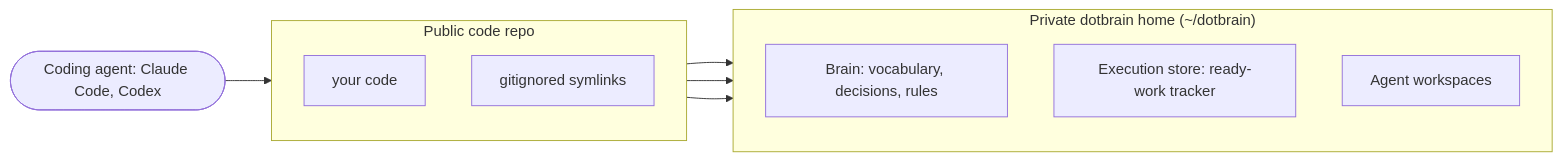
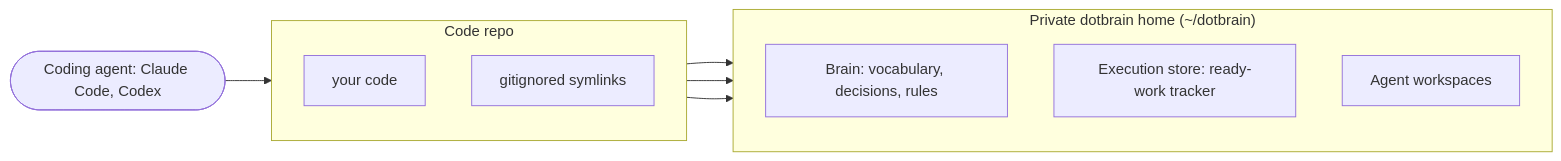
Before and after one commit to arminzou/dotbrain: the diagram in README.md, drawn with Mermaid. The commit also changed other lines of this file, not shown here.

````diff
--- a/README.md
+++ b/README.md
@@ -56,19 +91,19 @@
 ```mermaid
 flowchart LR
   agent(["Coding agent: Claude Code, Codex"])
-  subgraph repo["Public code repo"]
+  subgraph repo["Code repo"]
     direction TB
     code["your code"]
     links["gitignored symlinks"]
   end
   subgraph home["Private dotbrain home (~/dotbrain)"]
     direction TB
     brain["Brain: vocabulary, decisions, rules"]
     exec["Execution store: ready-work tracker"]
     ws["Agent workspaces"]
   end
   agent --> repo
   links --> brain
   links --> exec
   links --> ws
 ```
````
